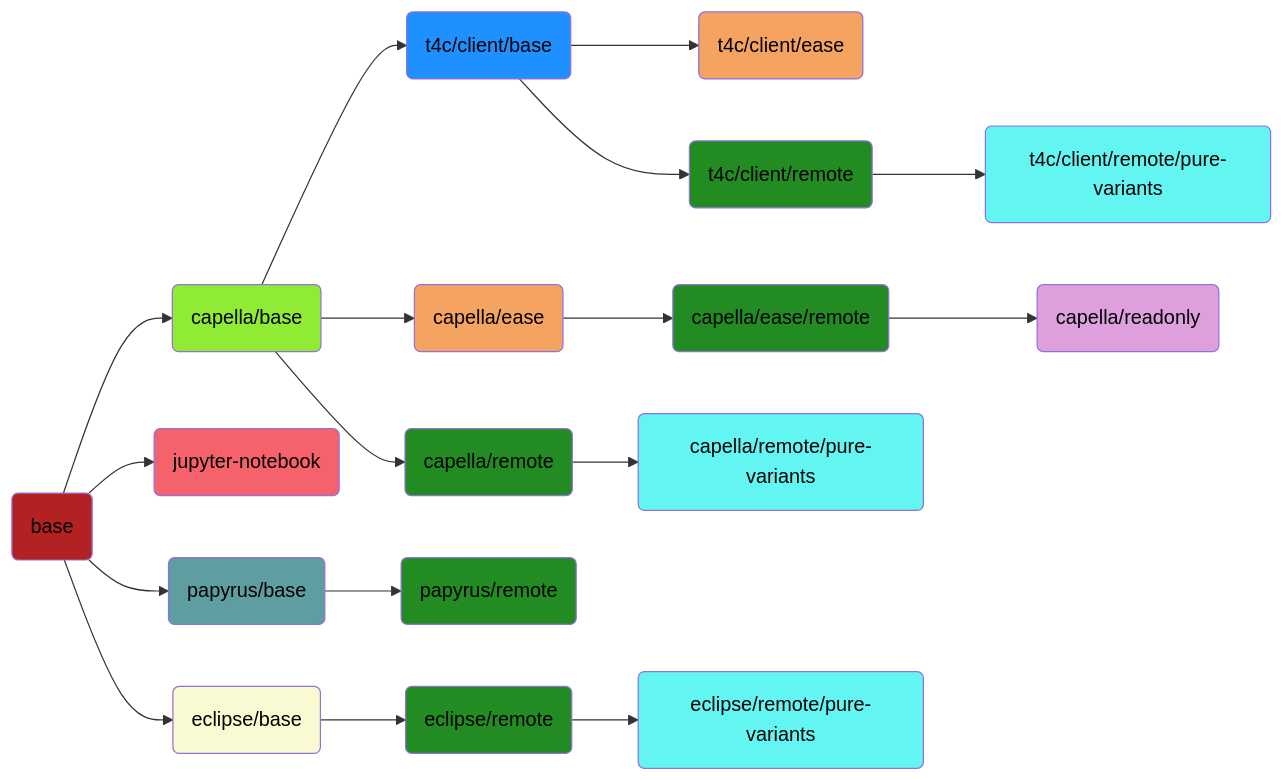
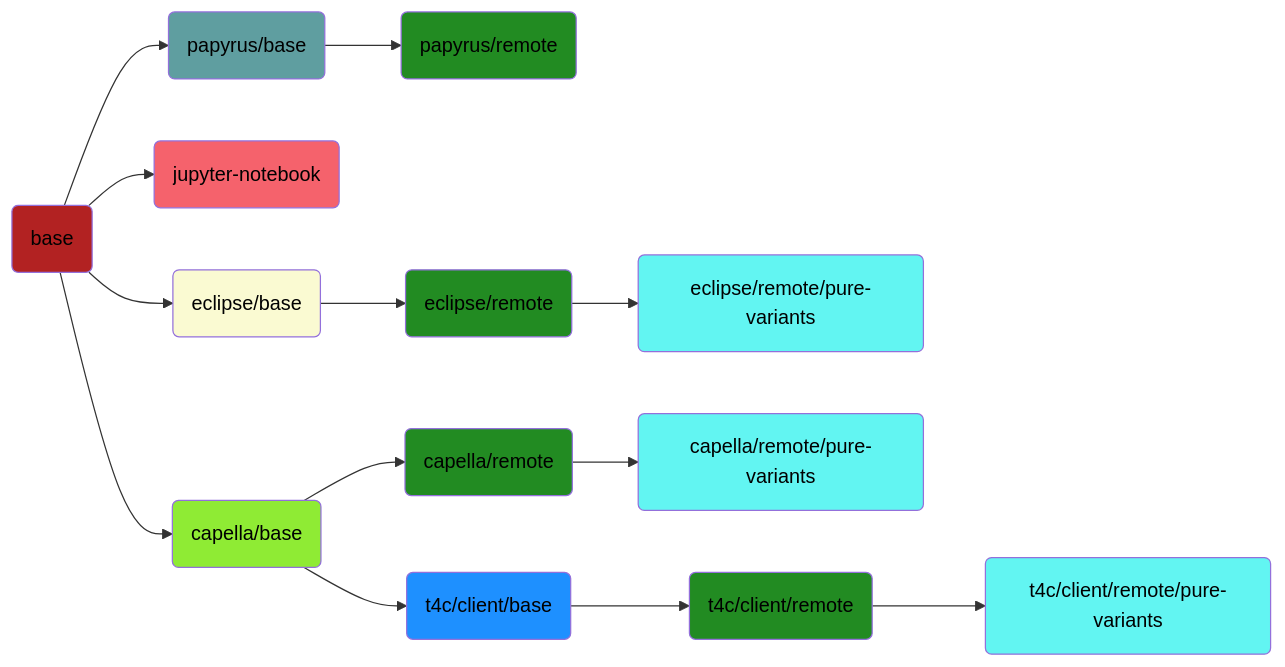
One commit to DSD-DBS/capella-dockerimages changed the diagram in docs/docs/index.md. Above: the diagram before and after it, drawn with Mermaid. The commit also changed other lines of this file and 33 other files, not shown here.

````diff
--- a/docs/docs/index.md
+++ b/docs/docs/index.md
@@ -79,36 +78,27 @@
 ```mermaid
 flowchart LR
     BASE(base) --> CAPELLA_BASE(capella/base)
     BASE(base) --> JUPYTER(jupyter-notebook)
     BASE(base) --> PAPYRUS_BASE(papyrus/base) --> PAPYRUS_REMOTE(papyrus/remote)
     BASE(base) --> ECLIPSE_BASE(eclipse/base) --> ECLIPSE_REMOTE(eclipse/remote) --> ECLIPSE_REMOTE_PURE_VARIANTS(eclipse/remote/pure-variants)
     CAPELLA_BASE(capella/base) --> T4C_CLIENT_BASE(t4c/client/base)
-    CAPELLA_BASE(capella/base) --> CAPELLA_EASE(capella/ease)
-    T4C_CLIENT_BASE(t4c/client/base) --> T4C_CLIENT_EASE(t4c/client/ease)
     CAPELLA_BASE(capella/base) --> CAPELLA_REMOTE(capella/remote) --> CAPELLA_REMOTE_PURE_VARIANTS(capella/remote/pure-variants)
     T4C_CLIENT_BASE(t4c/client/base) --> T4C_CLIENT_REMOTE(t4c/client/remote) --> T4C_CLIENT_REMOTE_PURE_VARIANTS(t4c/client/remote/pure-variants)
-    CAPELLA_EASE(capella/ease) --> CAPELLA_EASE_REMOTE(capella/ease/remote) --> CAPELLA_READONLY(capella/readonly)
 
     style BASE fill:#b22222,color:#000000
     style CAPELLA_BASE fill:#8feb34,color:#000000
     style JUPYTER fill:#f5626c,color:#000000
     style PAPYRUS_BASE fill:#5f9ea0,color:#000000
     style ECLIPSE_BASE fill:#fafad2,color:#000000
     style T4C_CLIENT_BASE fill:#1e90ff,color:#000000
 
-    style CAPELLA_READONLY fill:#dda0dd,color:#000000
-
-    style CAPELLA_EASE fill:#f4a460,color:#000000
-    style T4C_CLIENT_EASE fill:#f4a460,color:#000000
-
     style CAPELLA_REMOTE fill:#228b22,color:#000000
     style T4C_CLIENT_REMOTE fill:#228b22,color:#000000
-    style CAPELLA_EASE_REMOTE fill:#228b22,color:#000000
     style ECLIPSE_REMOTE fill:#228b22,color:#000000
     style PAPYRUS_REMOTE fill:#228b22,color:#000000
 
     style CAPELLA_REMOTE_PURE_VARIANTS fill:#62f5f2,color:#000000
     style T4C_CLIENT_REMOTE_PURE_VARIANTS fill:#62f5f2,color:#000000
     style ECLIPSE_REMOTE_PURE_VARIANTS fill:#62f5f2,color:#000000
 
 ```
````
